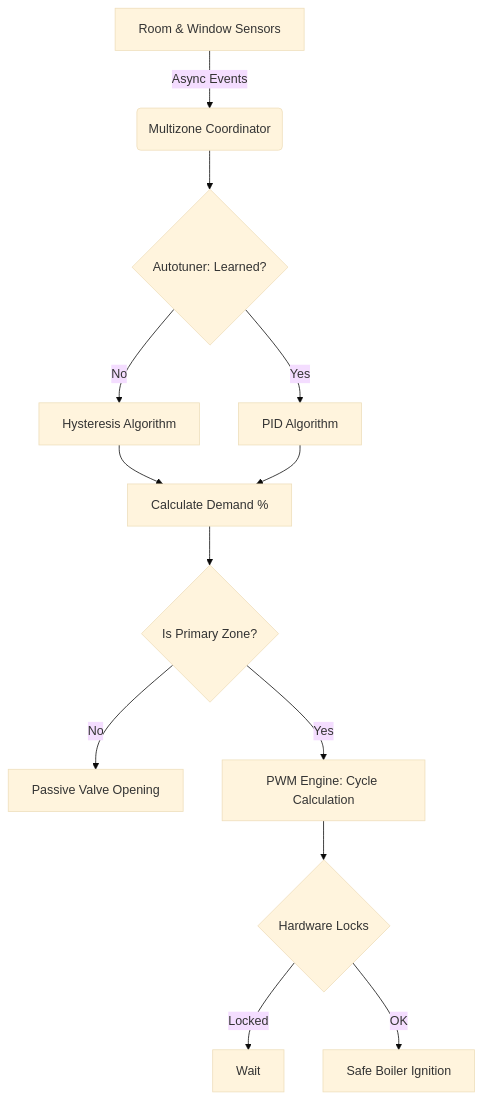
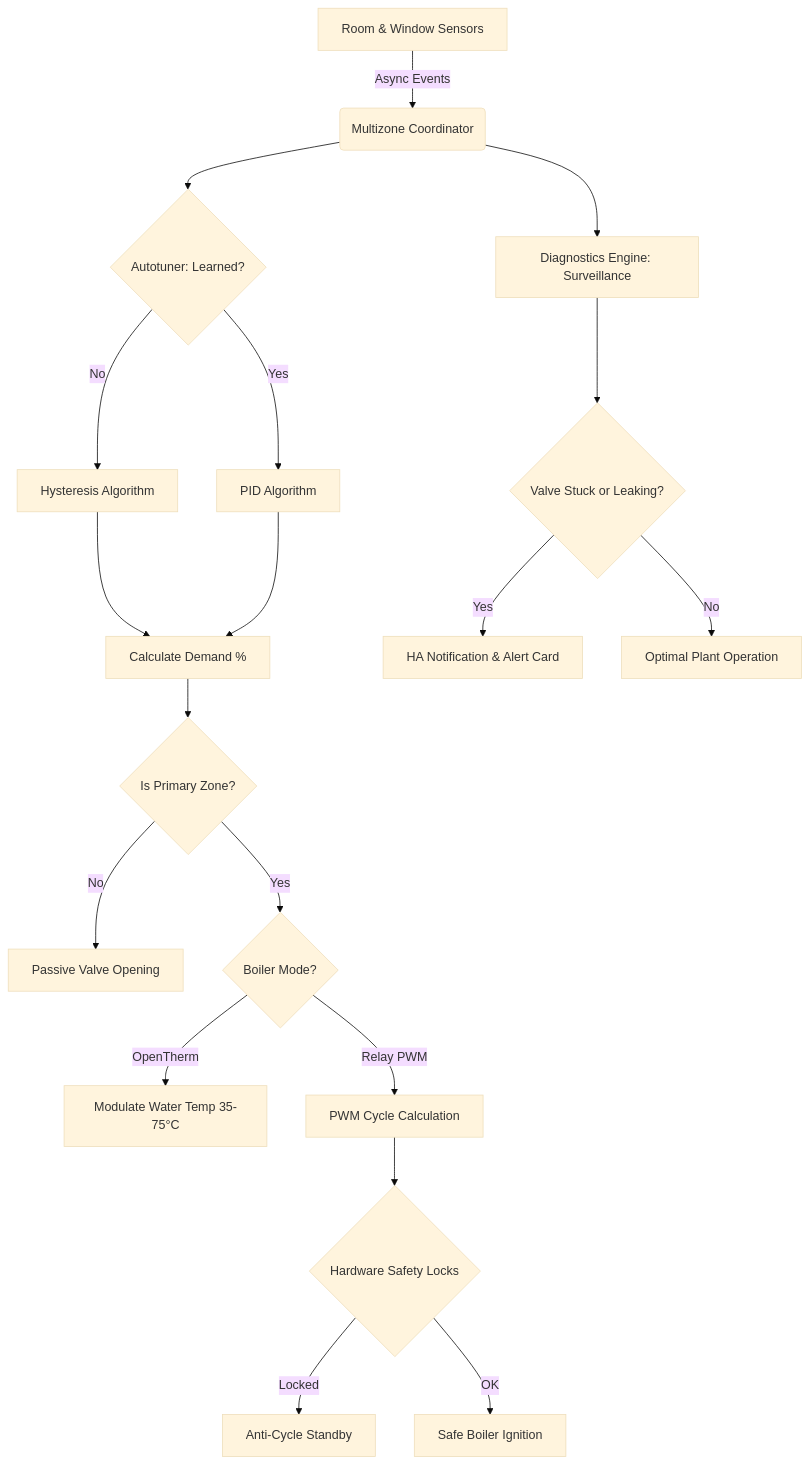
The diagram in README.md (alex-military/multizone-thermostat), drawn with Mermaid (base theme) before and after one commit. The commit also changed other lines of this file and 1 other file, not shown here.

Commit message:
docs: comprehensive update of README with feature matrix, architecture, cards table, and MIT license

````diff
--- a/README.md
+++ b/README.md
@@ -68,15 +103,21 @@
 ```mermaid
 graph TD
     A[Room & Window Sensors] -->|Async Events| B(Multizone Coordinator)
     B --> C{Autotuner: Learned?}
     C -->|No| D[Hysteresis Algorithm]
     C -->|Yes| E[PID Algorithm]
     D --> F[Calculate Demand %]
     E --> F
     F --> G{Is Primary Zone?}
     G -->|No| H[Passive Valve Opening]
-    G -->|Yes| I[PWM Engine: Cycle Calculation]
-    I --> J{Hardware Locks}
-    J -->|Locked| K[Wait]
-    J -->|OK| L[Safe Boiler Ignition]
+    G -->|Yes| I{Boiler Mode?}
+    I -->|OpenTherm| J[Modulate Water Temp 35-75°C]
+    I -->|Relay PWM| K[PWM Cycle Calculation]
+    K --> L{Hardware Safety Locks}
+    L -->|Locked| M[Anti-Cycle Standby]
+    L -->|OK| N[Safe Boiler Ignition]
+    B --> O[Diagnostics Engine: Surveillance]
+    O --> P{Valve Stuck or Leaking?}
+    P -->|Yes| Q[HA Notification & Alert Card]
+    P -->|No| R[Optimal Plant Operation]
 ```
````
